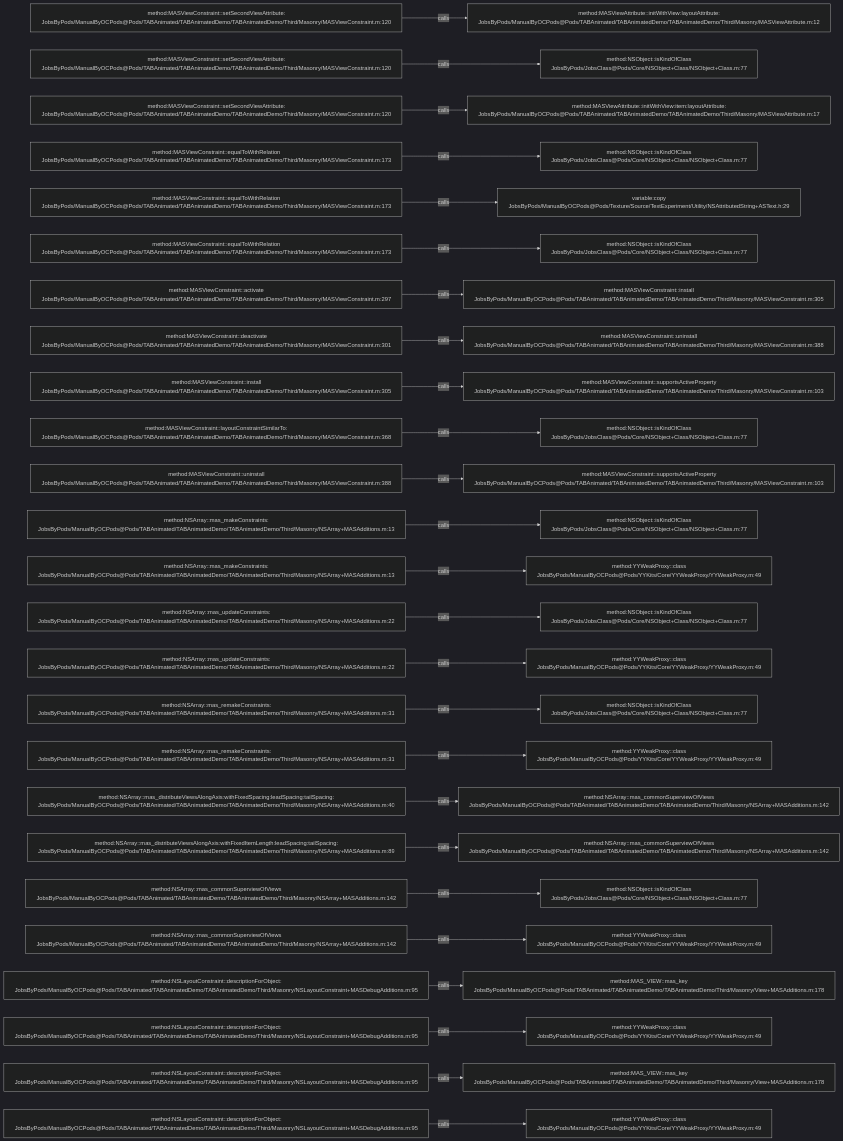
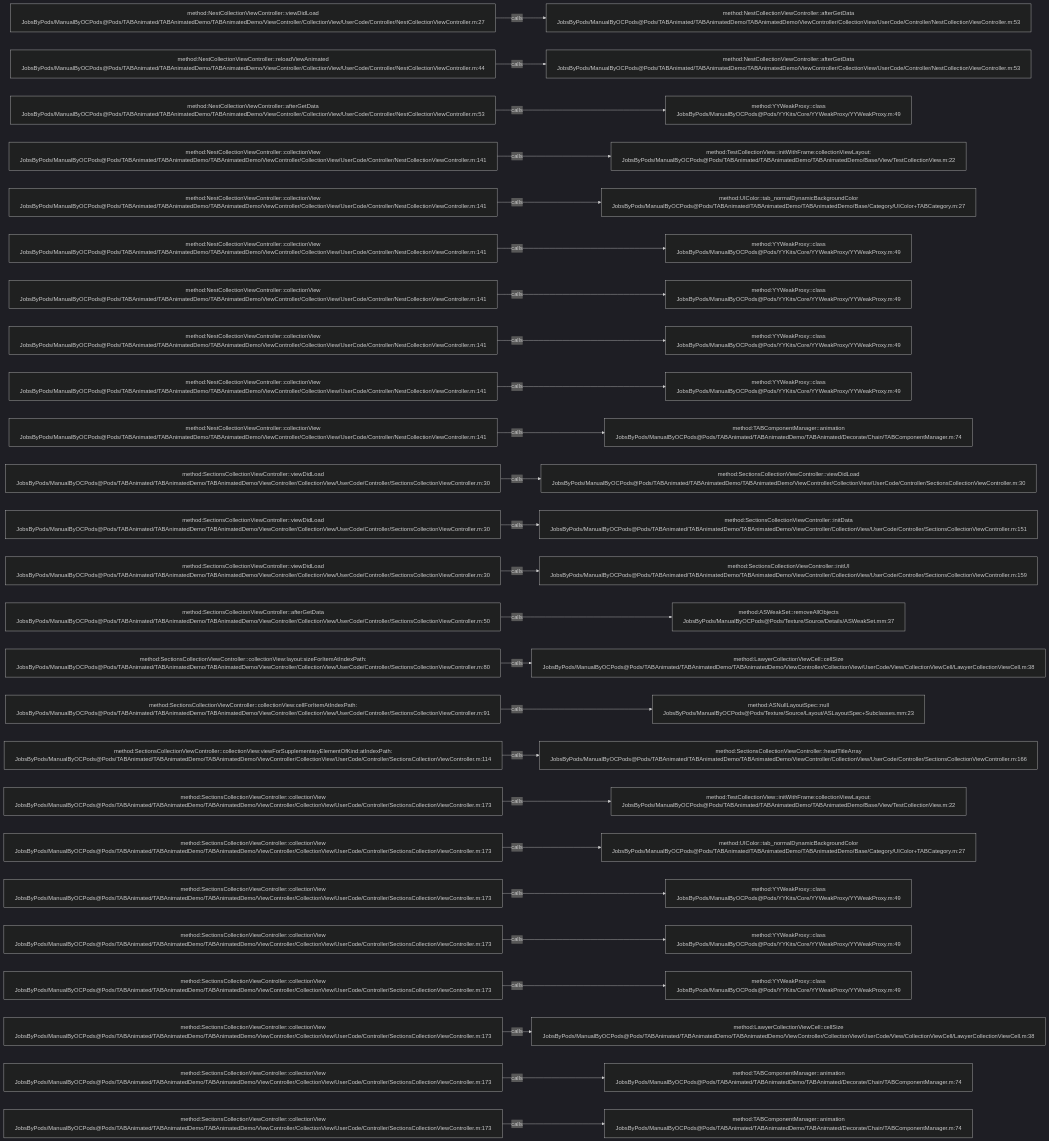
The diagram in .codegraph/codegraph.md/graphs/calls-037.md (JobsKits/JobsOCBaseConfigDemo), drawn with Mermaid (dark theme) before and after one commit. The commit also changed 2723 other files, not shown here.

````diff
--- a/.codegraph/codegraph.md/graphs/calls-037.md
+++ b/.codegraph/codegraph.md/graphs/calls-037.md
@@ -13,78 +13,78 @@
 ```mermaid
 flowchart LR
-  S1["method:MASViewConstraint::setSecondViewAttribute:<br/>JobsByPods/ManualByOCPods@Pods/TABAnimated/TABAnimatedDemo/TABAnimatedDemo/Third/Masonry/MASViewConstraint.m:120"]
-  T1["method:MASViewAttribute::initWithView:layoutAttribute:<br/>JobsByPods/ManualByOCPods@Pods/TABAnimated/TABAnimatedDemo/TABAnimatedDemo/Third/Masonry/MASViewAttribute.m:12"]
+  S1["method:NestCollectionViewController::viewDidLoad<br/>JobsByPods/ManualByOCPods@Pods/TABAnimated/TABAnimatedDemo/TABAnimatedDemo/ViewController/CollectionView/UserCode/Controller/NestCollectionViewController.m:27"]
+  T1["method:NestCollectionViewController::afterGetData<br/>JobsByPods/ManualByOCPods@Pods/TABAnimated/TABAnimatedDemo/TABAnimatedDemo/ViewController/CollectionView/UserCode/Controller/NestCollectionViewController.m:53"]
   S1 -->|calls| T1
-  S2["method:MASViewConstraint::setSecondViewAttribute:<br/>JobsByPods/ManualByOCPods@Pods/TABAnimated/TABAnimatedDemo/TABAnimatedDemo/Third/Masonry/MASViewConstraint.m:120"]
-  T2["method:NSObject::isKindOfClass<br/>JobsByPods/JobsClass@Pods/Core/NSObject+Class/NSObject+Class.m:77"]
+  S2["method:NestCollectionViewController::reloadViewAnimated<br/>JobsByPods/ManualByOCPods@Pods/TABAnimated/TABAnimatedDemo/TABAnimatedDemo/ViewController/CollectionView/UserCode/Controller/NestCollectionViewController.m:44"]
+  T2["method:NestCollectionViewController::afterGetData<br/>JobsByPods/ManualByOCPods@Pods/TABAnimated/TABAnimatedDemo/TABAnimatedDemo/ViewController/CollectionView/UserCode/Controller/NestCollectionViewController.m:53"]
   S2 -->|calls| T2
-  S3["method:MASViewConstraint::setSecondViewAttribute:<br/>JobsByPods/ManualByOCPods@Pods/TABAnimated/TABAnimatedDemo/TABAnimatedDemo/Third/Masonry/MASViewConstraint.m:120"]
-  T3["method:MASViewAttribute::initWithView:item:layoutAttribute:<br/>JobsByPods/ManualByOCPods@Pods/TABAnimated/TABAnimatedDemo/TABAnimatedDemo/Third/Masonry/MASViewAttribute.m:17"]
+  S3["method:NestCollectionViewController::afterGetData<br/>JobsByPods/ManualByOCPods@Pods/TABAnimated/TABAnimatedDemo/TABAnimatedDemo/ViewController/CollectionView/UserCode/Controller/NestCollectionViewController.m:53"]
+  T3["method:YYWeakProxy::class<br/>JobsByPods/ManualByOCPods@Pods/YYKits/Core/YYWeakProxy/YYWeakProxy.m:49"]
   S3 -->|calls| T3
-  S4["method:MASViewConstraint::equalToWithRelation<br/>JobsByPods/ManualByOCPods@Pods/TABAnimated/TABAnimatedDemo/TABAnimatedDemo/Third/Masonry/MASViewConstraint.m:173"]
-  T4["method:NSObject::isKindOfClass<br/>JobsByPods/JobsClass@Pods/Core/NSObject+Class/NSObject+Class.m:77"]
+  S4["method:NestCollectionViewController::collectionView<br/>JobsByPods/ManualByOCPods@Pods/TABAnimated/TABAnimatedDemo/TABAnimatedDemo/ViewController/CollectionView/UserCode/Controller/NestCollectionViewController.m:141"]
+  T4["method:TestCollectionView::initWithFrame:collectionViewLayout:<br/>JobsByPods/ManualByOCPods@Pods/TABAnimated/TABAnimatedDemo/TABAnimatedDemo/Base/View/TestCollectionView.m:22"]
   S4 -->|calls| T4
-  S5["method:MASViewConstraint::equalToWithRelation<br/>JobsByPods/ManualByOCPods@Pods/TABAnimated/TABAnimatedDemo/TABAnimatedDemo/Third/Masonry/MASViewConstraint.m:173"]
-  T5["variable:copy<br/>JobsByPods/ManualByOCPods@Pods/Texture/Source/TextExperiment/Utility/NSAttributedString+ASText.h:29"]
+  S5["method:NestCollectionViewController::collectionView<br/>JobsByPods/ManualByOCPods@Pods/TABAnimated/TABAnimatedDemo/TABAnimatedDemo/ViewController/CollectionView/UserCode/Controller/NestCollectionViewController.m:141"]
+  T5["method:UIColor::tab_normalDynamicBackgroundColor<br/>JobsByPods/ManualByOCPods@Pods/TABAnimated/TABAnimatedDemo/TABAnimatedDemo/Base/Category/UIColor+TABCategory.m:27"]
   S5 -->|calls| T5
-  S6["method:MASViewConstraint::equalToWithRelation<br/>JobsByPods/ManualByOCPods@Pods/TABAnimated/TABAnimatedDemo/TABAnimatedDemo/Third/Masonry/MASViewConstraint.m:173"]
-  T6["method:NSObject::isKindOfClass<br/>JobsByPods/JobsClass@Pods/Core/NSObject+Class/NSObject+Class.m:77"]
+  S6["method:NestCollectionViewController::collectionView<br/>JobsByPods/ManualByOCPods@Pods/TABAnimated/TABAnimatedDemo/TABAnimatedDemo/ViewController/CollectionView/UserCode/Controller/NestCollectionViewController.m:141"]
+  T6["method:YYWeakProxy::class<br/>JobsByPods/ManualByOCPods@Pods/YYKits/Core/YYWeakProxy/YYWeakProxy.m:49"]
   S6 -->|calls| T6
-  S7["method:MASViewConstraint::activate<br/>JobsByPods/ManualByOCPods@Pods/TABAnimated/TABAnimatedDemo/TABAnimatedDemo/Third/Masonry/MASViewConstraint.m:297"]
-  T7["method:MASViewConstraint::install<br/>JobsByPods/ManualByOCPods@Pods/TABAnimated/TABAnimatedDemo/TABAnimatedDemo/Third/Masonry/MASViewConstraint.m:305"]
+  S7["method:NestCollectionViewController::collectionView<br/>JobsByPods/ManualByOCPods@Pods/TABAnimated/TABAnimatedDemo/TABAnimatedDemo/ViewController/CollectionView/UserCode/Controller/NestCollectionViewController.m:141"]
+  T7["method:YYWeakProxy::class<br/>JobsByPods/ManualByOCPods@Pods/YYKits/Core/YYWeakProxy/YYWeakProxy.m:49"]
   S7 -->|calls| T7
-  S8["method:MASViewConstraint::deactivate<br/>JobsByPods/ManualByOCPods@Pods/TABAnimated/TABAnimatedDemo/TABAnimatedDemo/Third/Masonry/MASViewConstraint.m:301"]
-  T8["method:MASViewConstraint::uninstall<br/>JobsByPods/ManualByOCPods@Pods/TABAnimated/TABAnimatedDemo/TABAnimatedDemo/Third/Masonry/MASViewConstraint.m:388"]
+  S8["method:NestCollectionViewController::collectionView<br/>JobsByPods/ManualByOCPods@Pods/TABAnimated/TABAnimatedDemo/TABAnimatedDemo/ViewController/CollectionView/UserCode/Controller/NestCollectionViewController.m:141"]
+  T8["method:YYWeakProxy::class<br/>JobsByPods/ManualByOCPods@Pods/YYKits/Core/YYWeakProxy/YYWeakProxy.m:49"]
   S8 -->|calls| T8
-  S9["method:MASViewConstraint::install<br/>JobsByPods/ManualByOCPods@Pods/TABAnimated/TABAnimatedDemo/TABAnimatedDemo/Third/Masonry/MASViewConstraint.m:305"]
-  T9["method:MASViewConstraint::supportsActiveProperty<br/>JobsByPods/ManualByOCPods@Pods/TABAnimated/TABAnimatedDemo/TABAnimatedDemo/Third/Masonry/MASViewConstraint.m:103"]
+  S9["method:NestCollectionViewController::collectionView<br/>JobsByPods/ManualByOCPods@Pods/TABAnimated/TABAnimatedDemo/TABAnimatedDemo/ViewController/CollectionView/UserCode/Controller/NestCollectionViewController.m:141"]
+  T9["method:YYWeakProxy::class<br/>JobsByPods/ManualByOCPods@Pods/YYKits/Core/YYWeakProxy/YYWeakProxy.m:49"]
   S9 -->|calls| T9
-  S10["method:MASViewConstraint::layoutConstraintSimilarTo:<br/>JobsByPods/ManualByOCPods@Pods/TABAnimated/TABAnimatedDemo/TABAnimatedDemo/Third/Masonry/MASViewConstraint.m:368"]
-  T10["method:NSObject::isKindOfClass<br/>JobsByPods/JobsClass@Pods/Core/NSObject+Class/NSObject+Class.m:77"]
+  S10["method:NestCollectionViewController::collectionView<br/>JobsByPods/ManualByOCPods@Pods/TABAnimated/TABAnimatedDemo/TABAnimatedDemo/ViewController/CollectionView/UserCode/Controller/NestCollectionViewController.m:141"]
+  T10["method:TABComponentManager::animation<br/>JobsByPods/ManualByOCPods@Pods/TABAnimated/TABAnimatedDemo/TABAnimated/Decorate/Chain/TABComponentManager.m:74"]
   S10 -->|calls| T10
-  S11["method:MASViewConstraint::uninstall<br/>JobsByPods/ManualByOCPods@Pods/TABAnimated/TABAnimatedDemo/TABAnimatedDemo/Third/Masonry/MASViewConstraint.m:388"]
-  T11["method:MASViewConstraint::supportsActiveProperty<br/>JobsByPods/ManualByOCPods@Pods/TABAnimated/TABAnimatedDemo/TABAnimatedDemo/Third/Masonry/MASViewConstraint.m:103"]
+  S11["method:SectionsCollectionViewController::viewDidLoad<br/>JobsByPods/ManualByOCPods@Pods/TABAnimated/TABAnimatedDemo/TABAnimatedDemo/ViewController/CollectionView/UserCode/Controller/SectionsCollectionViewController.m:30"]
+  T11["method:SectionsCollectionViewController::viewDidLoad<br/>JobsByPods/ManualByOCPods@Pods/TABAnimated/TABAnimatedDemo/TABAnimatedDemo/ViewController/CollectionView/UserCode/Controller/SectionsCollectionViewController.m:30"]
   S11 -->|calls| T11
-  S12["method:NSArray::mas_makeConstraints:<br/>JobsByPods/ManualByOCPods@Pods/TABAnimated/TABAnimatedDemo/TABAnimatedDemo/Third/Masonry/NSArray+MASAdditions.m:13"]
-  T12["method:NSObject::isKindOfClass<br/>JobsByPods/JobsClass@Pods/Core/NSObject+Class/NSObject+Class.m:77"]
+  S12["method:SectionsCollectionViewController::viewDidLoad<br/>JobsByPods/ManualByOCPods@Pods/TABAnimated/TABAnimatedDemo/TABAnimatedDemo/ViewController/CollectionView/UserCode/Controller/SectionsCollectionViewController.m:30"]
+  T12["method:SectionsCollectionViewController::initData<br/>JobsByPods/ManualByOCPods@Pods/TABAnimated/TABAnimatedDemo/TABAnimatedDemo/ViewController/CollectionView/UserCode/Controller/SectionsCollectionViewController.m:151"]
   S12 -->|calls| T12
-  S13["method:NSArray::mas_makeConstraints:<br/>JobsByPods/ManualByOCPods@Pods/TABAnimated/TABAnimatedDemo/TABAnimatedDemo/Third/Masonry/NSArray+MASAdditions.m:13"]
-  T13["method:YYWeakProxy::class<br/>JobsByPods/ManualByOCPods@Pods/YYKits/Core/YYWeakProxy/YYWeakProxy.m:49"]
+  S13["method:SectionsCollectionViewController::viewDidLoad<br/>JobsByPods/ManualByOCPods@Pods/TABAnimated/TABAnimatedDemo/TABAnimatedDemo/ViewController/CollectionView/UserCode/Controller/SectionsCollectionViewController.m:30"]
+  T13["method:SectionsCollectionViewController::initUI<br/>JobsByPods/ManualByOCPods@Pods/TABAnimated/TABAnimatedDemo/TABAnimatedDemo/ViewController/CollectionView/UserCode/Controller/SectionsCollectionViewController.m:159"]
   S13 -->|calls| T13
-  S14["method:NSArray::mas_updateConstraints:<br/>JobsByPods/ManualByOCPods@Pods/TABAnimated/TABAnimatedDemo/TABAnimatedDemo/Third/Masonry/NSArray+MASAdditions.m:22"]
-  T14["method:NSObject::isKindOfClass<br/>JobsByPods/JobsClass@Pods/Core/NSObject+Class/NSObject+Class.m:77"]
+  S14["method:SectionsCollectionViewController::afterGetData<br/>JobsByPods/ManualByOCPods@Pods/TABAnimated/TABAnimatedDemo/TABAnimatedDemo/ViewController/CollectionView/UserCode/Controller/SectionsCollectionViewController.m:50"]
+  T14["method:ASWeakSet::removeAllObjects<br/>JobsByPods/ManualByOCPods@Pods/Texture/Source/Details/ASWeakSet.mm:37"]
   S14 -->|calls| T14
-  S15["method:NSArray::mas_updateConstraints:<br/>JobsByPods/ManualByOCPods@Pods/TABAnimated/TABAnimatedDemo/TABAnimatedDemo/Third/Masonry/NSArray+MASAdditions.m:22"]
-  T15["method:YYWeakProxy::class<br/>JobsByPods/ManualByOCPods@Pods/YYKits/Core/YYWeakProxy/YYWeakProxy.m:49"]
+  S15["method:SectionsCollectionViewController::collectionView:layout:sizeForItemAtIndexPath:<br/>JobsByPods/ManualByOCPods@Pods/TABAnimated/TABAnimatedDemo/TABAnimatedDemo/ViewController/CollectionView/UserCode/Controller/SectionsCollectionViewController.m:80"]
+  T15["method:LawyerCollectionViewCell::cellSize<br/>JobsByPods/ManualByOCPods@Pods/TABAnimated/TABAnimatedDemo/TABAnimatedDemo/ViewController/CollectionView/UserCode/View/CollectionViewCell/LawyerCollectionViewCell.m:38"]
   S15 -->|calls| T15
-  S16["method:NSArray::mas_remakeConstraints:<br/>JobsByPods/ManualByOCPods@Pods/TABAnimated/TABAnimatedDemo/TABAnimatedDemo/Third/Masonry/NSArray+MASAdditions.m:31"]
-  T16["method:NSObject::isKindOfClass<br/>JobsByPods/JobsClass@Pods/Core/NSObject+Class/NSObject+Class.m:77"]
+  S16["method:SectionsCollectionViewController::collectionView:cellForItemAtIndexPath:<br/>JobsByPods/ManualByOCPods@Pods/TABAnimated/TABAnimatedDemo/TABAnimatedDemo/ViewController/CollectionView/UserCode/Controller/SectionsCollectionViewController.m:91"]
+  T16["method:ASNullLayoutSpec::null<br/>JobsByPods/ManualByOCPods@Pods/Texture/Source/Layout/ASLayoutSpec+Subclasses.mm:23"]
   S16 -->|calls| T16
-  S17["method:NSArray::mas_remakeConstraints:<br/>JobsByPods/ManualByOCPods@Pods/TABAnimated/TABAnimatedDemo/TABAnimatedDemo/Third/Masonry/NSArray+MASAdditions.m:31"]
-  T17["method:YYWeakProxy::class<br/>JobsByPods/ManualByOCPods@Pods/YYKits/Core/YYWeakProxy/YYWeakProxy.m:49"]
+  S17["method:SectionsCollectionViewController::collectionView:viewForSupplementaryElementOfKind:atIndexPath:<br/>JobsByPods/ManualByOCPods@Pods/TABAnimated/TABAnimatedDemo/TABAnimatedDemo/ViewController/CollectionView/UserCode/Controller/SectionsCollectionViewController.m:114"]
+  T17["method:SectionsCollectionViewController::headTitleArray<br/>JobsByPods/ManualByOCPods@Pods/TABAnimated/TABAnimatedDemo/TABAnimatedDemo/ViewController/CollectionView/UserCode/Controller/SectionsCollectionViewController.m:166"]
   S17 -->|calls| T17
-  S18["method:NSArray::mas_distributeViewsAlongAxis:withFixedSpacing:leadSpacing:tailSpacing:<br/>JobsByPods/ManualByOCPods@Pods/TABAnimated/TABAnimatedDemo/TABAnimatedDemo/Third/Masonry/NSArray+MASAdditions.m:40"]
-  T18["method:NSArray::mas_commonSuperviewOfViews<br/>JobsByPods/ManualByOCPods@Pods/TABAnimated/TABAnimatedDemo/TABAnimatedDemo/Third/Masonry/NSArray+MASAdditions.m:142"]
+  S18["method:SectionsCollectionViewController::collectionView<br/>JobsByPods/ManualByOCPods@Pods/TABAnimated/TABAnimatedDemo/TABAnimatedDemo/ViewController/CollectionView/UserCode/Controller/SectionsCollectionViewController.m:173"]
+  T18["method:TestCollectionView::initWithFrame:collectionViewLayout:<br/>JobsByPods/ManualByOCPods@Pods/TABAnimated/TABAnimatedDemo/TABAnimatedDemo/Base/View/TestCollectionView.m:22"]
   S18 -->|calls| T18
-  S19["method:NSArray::mas_distributeViewsAlongAxis:withFixedItemLength:leadSpacing:tailSpacing:<br/>JobsByPods/ManualByOCPods@Pods/TABAnimated/TABAnimatedDemo/TABAnimatedDemo/Third/Masonry/NSArray+MASAdditions.m:89"]
-  T19["method:NSArray::mas_commonSuperviewOfViews<br/>JobsByPods/ManualByOCPods@Pods/TABAnimated/TABAnimatedDemo/TABAnimatedDemo/Third/Masonry/NSArray+MASAdditions.m:142"]
+  S19["method:SectionsCollectionViewController::collectionView<br/>JobsByPods/ManualByOCPods@Pods/TABAnimated/TABAnimatedDemo/TABAnimatedDemo/ViewController/CollectionView/UserCode/Controller/SectionsCollectionViewController.m:173"]
+  T19["method:UIColor::tab_normalDynamicBackgroundColor<br/>JobsByPods/ManualByOCPods@Pods/TABAnimated/TABAnimatedDemo/TABAnimatedDemo/Base/Category/UIColor+TABCategory.m:27"]
   S19 -->|calls| T19
-  S20["method:NSArray::mas_commonSuperviewOfViews<br/>JobsByPods/ManualByOCPods@Pods/TABAnimated/TABAnimatedDemo/TABAnimatedDemo/Third/Masonry/NSArray+MASAdditions.m:142"]
-  T20["method:NSObject::isKindOfClass<br/>JobsByPods/JobsClass@Pods/Core/NSObject+Class/NSObject+Class.m:77"]
+  S20["method:SectionsCollectionViewController::collectionView<br/>JobsByPods/ManualByOCPods@Pods/TABAnimated/TABAnimatedDemo/TABAnimatedDemo/ViewController/CollectionView/UserCode/Controller/SectionsCollectionViewController.m:173"]
+  T20["method:YYWeakProxy::class<br/>JobsByPods/ManualByOCPods@Pods/YYKits/Core/YYWeakProxy/YYWeakProxy.m:49"]
   S20 -->|calls| T20
-  S21["method:NSArray::mas_commonSuperviewOfViews<br/>JobsByPods/ManualByOCPods@Pods/TABAnimated/TABAnimatedDemo/TABAnimatedDemo/Third/Masonry/NSArray+MASAdditions.m:142"]
+  S21["method:SectionsCollectionViewController::collectionView<br/>JobsByPods/ManualByOCPods@Pods/TABAnimated/TABAnimatedDemo/TABAnimatedDemo/ViewController/CollectionView/UserCode/Controller/SectionsCollectionViewController.m:173"]
   T21["method:YYWeakProxy::class<br/>JobsByPods/ManualByOCPods@Pods/YYKits/Core/YYWeakProxy/YYWeakProxy.m:49"]
   S21 -->|calls| T21
-  S22["method:NSLayoutConstraint::descriptionForObject:<br/>JobsByPods/ManualByOCPods@Pods/TABAnimated/TABAnimatedDemo/TABAnimatedDemo/Third/Masonry/NSLayoutConstraint+MASDebugAdditions.m:95"]
-  T22["method:MAS_VIEW::mas_key<br/>JobsByPods/ManualByOCPods@Pods/TABAnimated/TABAnimatedDemo/TABAnimatedDemo/Third/Masonry/View+MASAdditions.m:178"]
+  S22["method:SectionsCollectionViewController::collectionView<br/>JobsByPods/ManualByOCPods@Pods/TABAnimated/TABAnimatedDemo/TABAnimatedDemo/ViewController/CollectionView/UserCode/Controller/SectionsCollectionViewController.m:173"]
+  T22["method:YYWeakProxy::class<br/>JobsByPods/ManualByOCPods@Pods/YYKits/Core/YYWeakProxy/YYWeakProxy.m:49"]
   S22 -->|calls| T22
-  S23["method:NSLayoutConstraint::descriptionForObject:<br/>JobsByPods/ManualByOCPods@Pods/TABAnimated/TABAnimatedDemo/TABAnimatedDemo/Third/Masonry/NSLayoutConstraint+MASDebugAdditions.m:95"]
-  T23["method:YYWeakProxy::class<br/>JobsByPods/ManualByOCPods@Pods/YYKits/Core/YYWeakProxy/YYWeakProxy.m:49"]
+  S23["method:SectionsCollectionViewController::collectionView<br/>JobsByPods/ManualByOCPods@Pods/TABAnimated/TABAnimatedDemo/TABAnimatedDemo/ViewController/CollectionView/UserCode/Controller/SectionsCollectionViewController.m:173"]
+  T23["method:LawyerCollectionViewCell::cellSize<br/>JobsByPods/ManualByOCPods@Pods/TABAnimated/TABAnimatedDemo/TABAnimatedDemo/ViewController/CollectionView/UserCode/View/CollectionViewCell/LawyerCollectionViewCell.m:38"]
   S23 -->|calls| T23
-  S24["method:NSLayoutConstraint::descriptionForObject:<br/>JobsByPods/ManualByOCPods@Pods/TABAnimated/TABAnimatedDemo/TABAnimatedDemo/Third/Masonry/NSLayoutConstraint+MASDebugAdditions.m:95"]
-  T24["method:MAS_VIEW::mas_key<br/>JobsByPods/ManualByOCPods@Pods/TABAnimated/TABAnimatedDemo/TABAnimatedDemo/Third/Masonry/View+MASAdditions.m:178"]
+  S24["method:SectionsCollectionViewController::collectionView<br/>JobsByPods/ManualByOCPods@Pods/TABAnimated/TABAnimatedDemo/TABAnimatedDemo/ViewController/CollectionView/UserCode/Controller/SectionsCollectionViewController.m:173"]
+  T24["method:TABComponentManager::animation<br/>JobsByPods/ManualByOCPods@Pods/TABAnimated/TABAnimatedDemo/TABAnimated/Decorate/Chain/TABComponentManager.m:74"]
   S24 -->|calls| T24
-  S25["method:NSLayoutConstraint::descriptionForObject:<br/>JobsByPods/ManualByOCPods@Pods/TABAnimated/TABAnimatedDemo/TABAnimatedDemo/Third/Masonry/NSLayoutConstraint+MASDebugAdditions.m:95"]
-  T25["method:YYWeakProxy::class<br/>JobsByPods/ManualByOCPods@Pods/YYKits/Core/YYWeakProxy/YYWeakProxy.m:49"]
+  S25["method:SectionsCollectionViewController::collectionView<br/>JobsByPods/ManualByOCPods@Pods/TABAnimated/TABAnimatedDemo/TABAnimatedDemo/ViewController/CollectionView/UserCode/Controller/SectionsCollectionViewController.m:173"]
+  T25["method:TABComponentManager::animation<br/>JobsByPods/ManualByOCPods@Pods/TABAnimated/TABAnimatedDemo/TABAnimated/Decorate/Chain/TABComponentManager.m:74"]
   S25 -->|calls| T25
 ```
````
